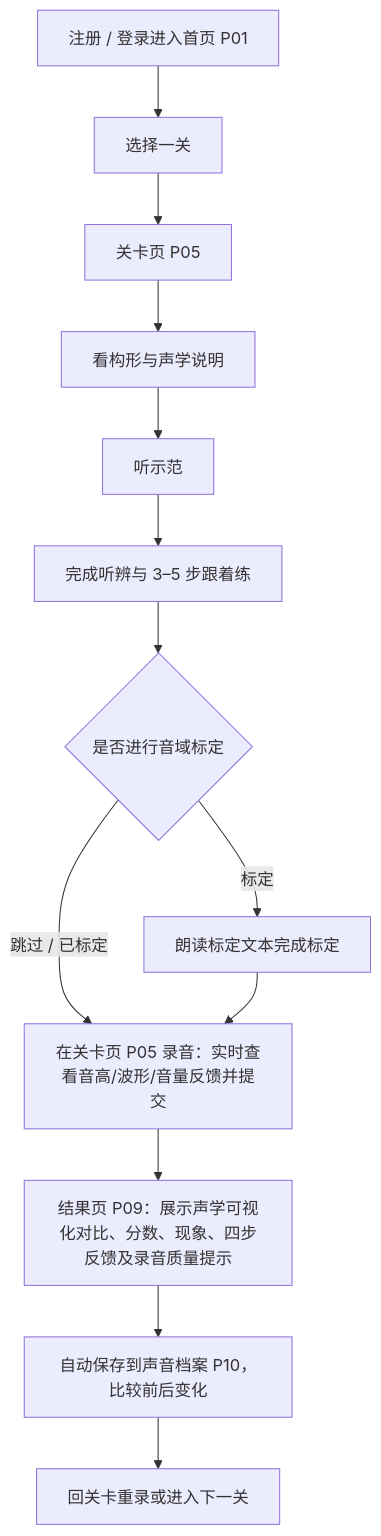
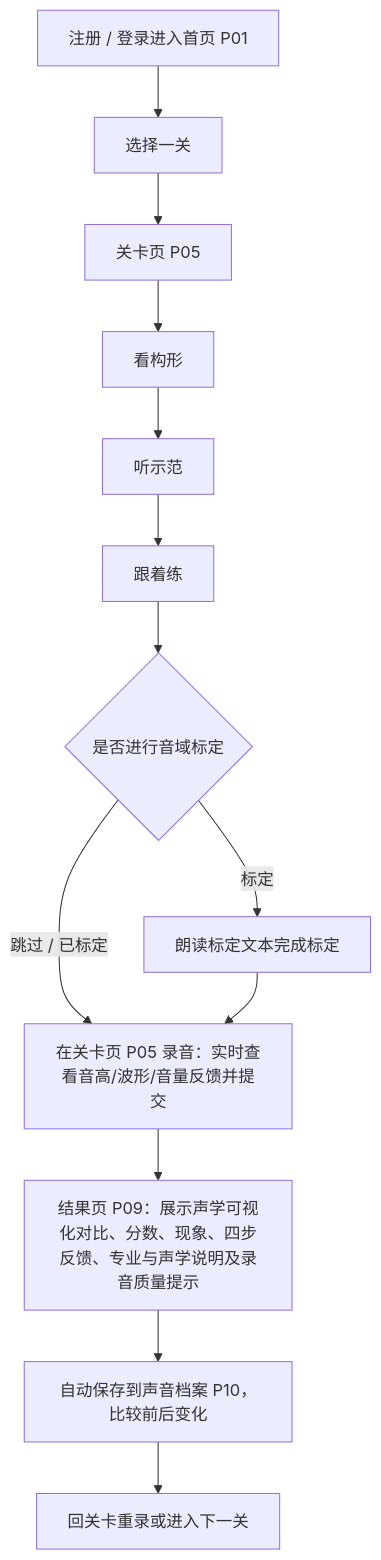
Before and after one commit to teke123/sound-visualizer-learning-: the diagram in docs/srs/README.md, drawn with Mermaid. The commit also changed other lines of this file and 174 other files, not shown here.

````diff
--- a/docs/srs/README.md
+++ b/docs/srs/README.md
@@ -47,15 +47,15 @@
 ```mermaid
 flowchart TD
     A[注册 / 登录进入首页 P01] --> B[选择一关]
     B --> C[关卡页 P05]
-    C --> D[看构形与声学说明]
+    C --> D[看构形]
     D --> E[听示范]
-    E --> F[完成听辨与 3–5 步跟着练]
+    E --> F[跟着练]
     F --> G{是否进行音域标定}
     G -- 标定 --> H[朗读标定文本完成标定]
     G -- 跳过 / 已标定 --> I[在关卡页 P05 录音：实时查看音高/波形/音量反馈并提交]
     H --> I
-    I --> L[结果页 P09：展示声学可视化对比、分数、现象、四步反馈及录音质量提示]
+    I --> L[结果页 P09：展示声学可视化对比、分数、现象、四步反馈、专业与声学说明及录音质量提示]
     L --> P[自动保存到声音档案 P10，比较前后变化]
     P --> M[回关卡重录或进入下一关]
 ```
````
